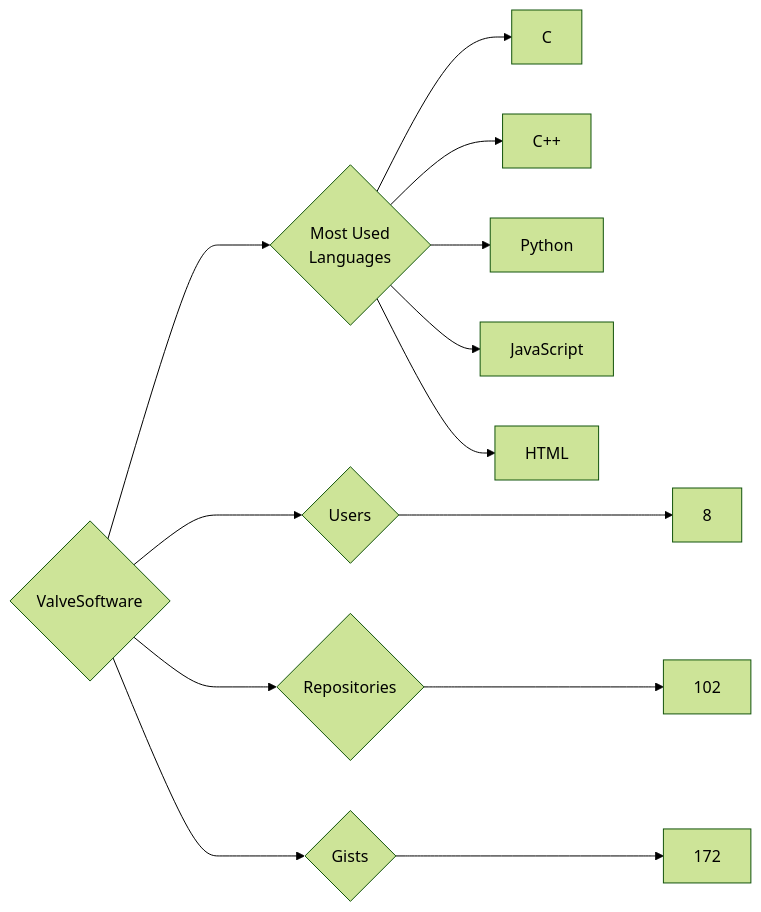
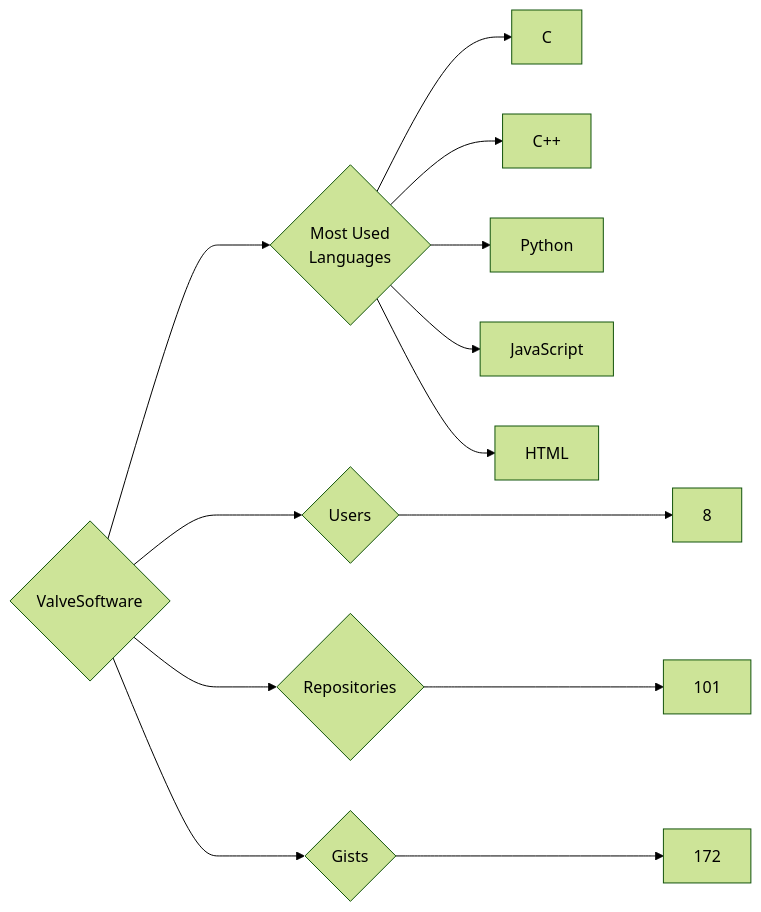
Before and after one commit to trickest/insiders: the diagram in targets/ValveSoftware/README.md, drawn with Mermaid (forest theme). The commit also changed 797 other files, not shown here.

````diff
--- a/targets/ValveSoftware/README.md
+++ b/targets/ValveSoftware/README.md
@@ -3,13 +3,13 @@
 ```mermaid
 graph LR
 COMPANY_NAME{ValveSoftware}
 COMPANY_NAME ---> U{Users} ---> UN[8]
-COMPANY_NAME ---> R{Repositories} ---> RN[102]
+COMPANY_NAME ---> R{Repositories} ---> RN[101]
 COMPANY_NAME ---> G{Gists} ---> GN[172]
 COMPANY_NAME ---> ML{Most Used<br>Languages}
 ML --> C[C]
 ML --> C++[C++]
 ML --> Python[Python]
 ML --> JavaScript[JavaScript]
 ML --> HTML[HTML]
 ```
````
